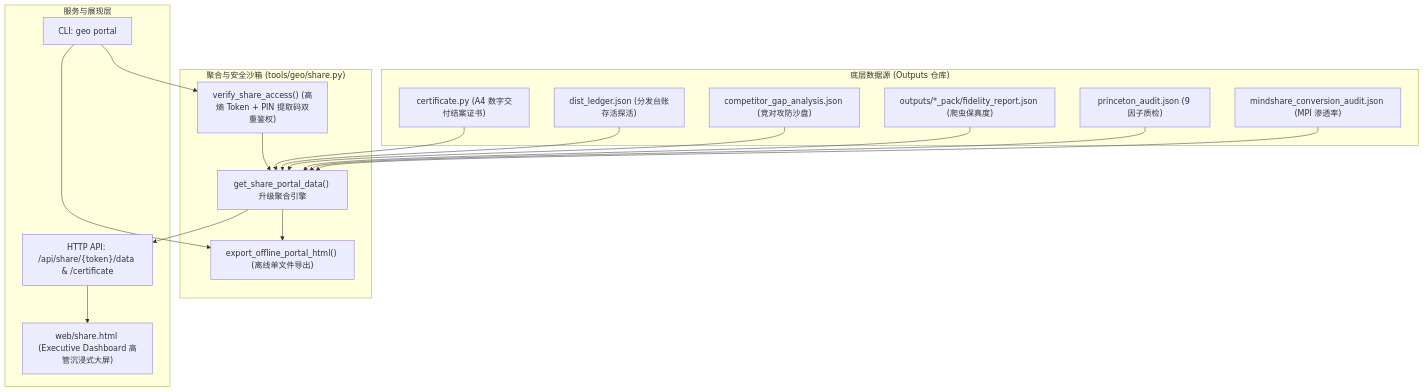
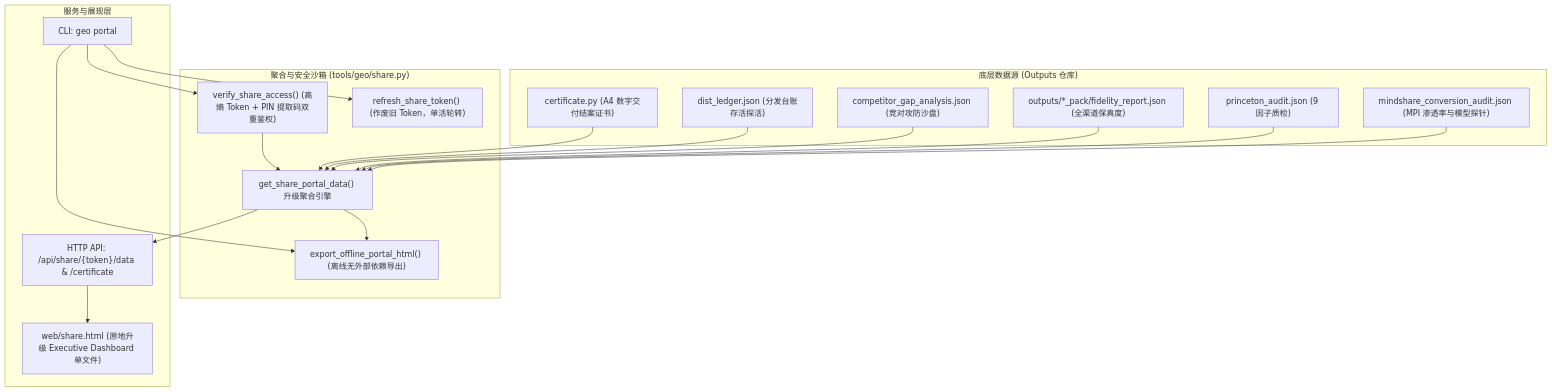
The diagram in openspec/changes/2026-09-03-甲方高管专属全域大模型商业战果只读交付门户/design.md (clownnotes/geo), drawn with Mermaid before and after one commit. The commit also changed other lines of this file and 3 other files, not shown here.

````diff
--- a/openspec/changes/2026-09-03-甲方高管专属全域大模型商业战果只读交付门户/design.md
+++ b/openspec/changes/2026-09-03-甲方高管专属全域大模型商业战果只读交付门户/design.md
@@ -5,29 +5,30 @@
 ```mermaid
 flowchart TD
     subgraph S1["底层数据源 (Outputs 仓库)"]
-        D1["mindshare_conversion_audit.json (MPI 渗透率)"]
+        D1["mindshare_conversion_audit.json (MPI 渗透率与模型探针)"]
         D2["princeton_audit.json (9 因子质检)"]
-        D3["outputs/*_pack/fidelity_report.json (爬虫保真度)"]
+        D3["outputs/*_pack/fidelity_report.json (全渠道保真度)"]
         D4["competitor_gap_analysis.json (竞对攻防沙盘)"]
         D5["dist_ledger.json (分发台账存活探活)"]
         D6["certificate.py (A4 数字交付结案证书)"]
     end
 
     subgraph S2["聚合与安全沙箱 (tools/geo/share.py)"]
         AG["get_share_portal_data() 升级聚合引擎"]
         AUTH["verify_share_access() (高熵 Token + PIN 提取码双重鉴权)"]
-        EXPORT["export_offline_portal_html() (离线单文件导出)"]
+        REFRESH["refresh_share_token() (作废旧 Token，单活轮转)"]
+        EXPORT["export_offline_portal_html() (离线无外部依赖导出)"]
     end
 
     subgraph S3["服务与展现层"]
         CLI["CLI: geo portal <project_id>"]
         API["HTTP API: /api/share/{token}/data & /certificate"]
-        WEB["web/share.html (Executive Dashboard 高管沉浸式大屏)"]
+        WEB["web/share.html (原地升级 Executive Dashboard 单文件)"]
     end
 
     D1 & D2 & D3 & D4 & D5 & D6 --> AG
     AUTH --> AG
     AG --> API & EXPORT
     API --> WEB
-    CLI --> AUTH & EXPORT
+    CLI --> AUTH & REFRESH & EXPORT
 ```
````
